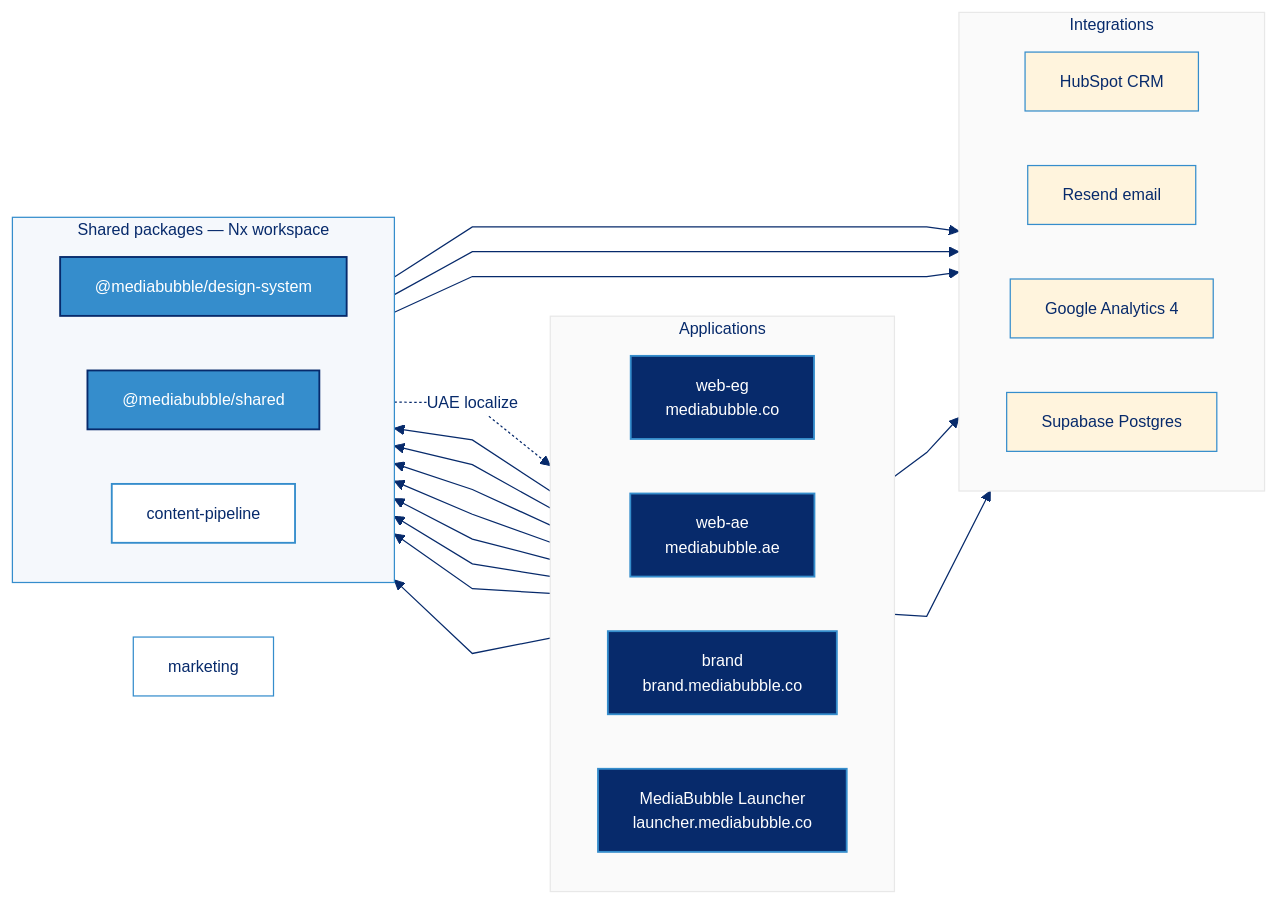
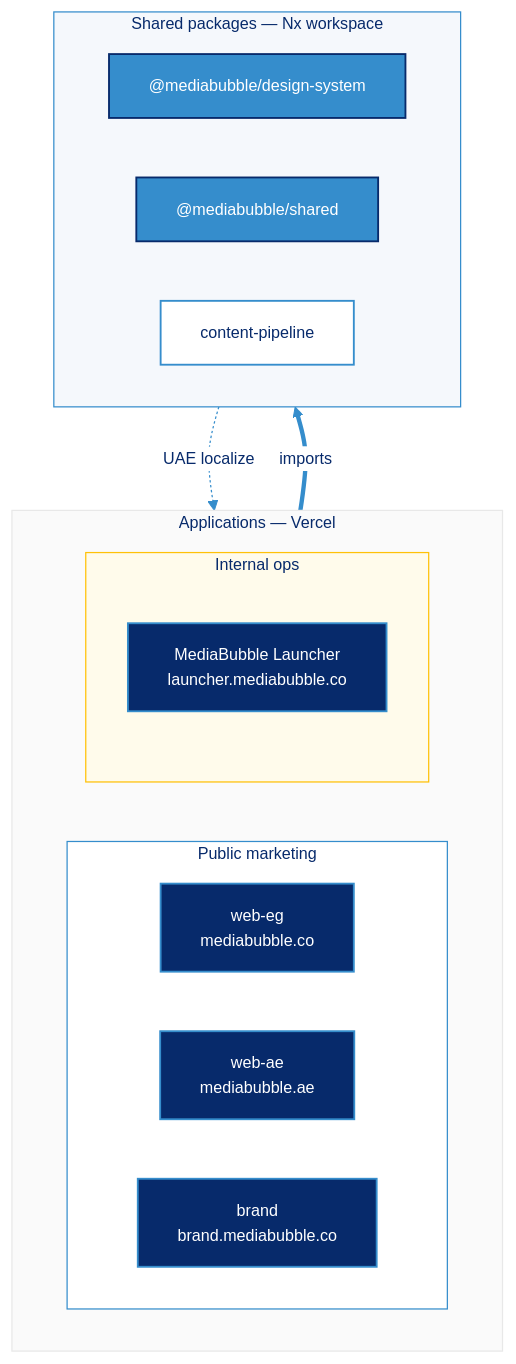
The first of 2 diagrams in README.md (mediabubble-adv/mediaBubble), drawn with Mermaid before and after one commit. The commit also changed 3 other files, not shown here.

First line of the commit message:
docs(AGENTS, README): update MediaBubble documentation and clarify internal ops app

````diff
--- a/README.md
+++ b/README.md
@@ -91,46 +91,39 @@
 ```mermaid
-%%{init: {"theme":"base","themeVariables":{"fontFamily":"Poppins, Inter, system-ui, sans-serif","fontSize":"13px","lineColor":"#072A6B","primaryTextColor":"#072A6B","primaryBorderColor":"#358DCC","clusterBkg":"#FAFAFA","clusterBorder":"#E8E8E8","titleColor":"#072A6B","edgeLabelBackground":"#FFFFFF"},"flowchart":{"curve":"linear","nodeSpacing":44,"rankSpacing":52,"padding":14,"diagramPadding":10}}}%%
-flowchart LR
-  subgraph apps ["Applications"]
+%%{init: {"theme":"base","themeVariables":{"fontFamily":"Poppins, Inter, system-ui, sans-serif","fontSize":"13px","lineColor":"#358DCC","primaryTextColor":"#072A6B","primaryBorderColor":"#358DCC","clusterBkg":"#FAFAFA","clusterBorder":"#E8E8E8","titleColor":"#072A6B","edgeLabelBackground":"#FFFFFF"},"flowchart":{"curve":"monotoneY","nodeSpacing":48,"rankSpacing":64,"padding":16}}}%%
+flowchart TB
+  subgraph apps ["Applications — Vercel"]
     direction LR
-    EG["web-eg<br/>mediabubble.co"]
-    AE["web-ae<br/>mediabubble.ae"]
-    BR["brand<br/>brand.mediabubble.co"]
-    LA["MediaBubble Launcher<br/>launcher.mediabubble.co"]
+    subgraph public ["Public marketing"]
+      direction LR
+      EG["web-eg<br/>mediabubble.co"]
+      AE["web-ae<br/>mediabubble.ae"]
+      BR["brand<br/>brand.mediabubble.co"]
+    end
+    subgraph internal ["Internal ops"]
+      LA["MediaBubble Launcher<br/>launcher.mediabubble.co"]
+    end
   end
 
   subgraph packages ["Shared packages — Nx workspace"]
     direction LR
     DS["@mediabubble/design-system"]
     SH["@mediabubble/shared"]
     CP["content-pipeline"]
   end
 
-  subgraph integrations ["Integrations"]
-    direction LR
-    HS["HubSpot CRM"]
-    RS["Resend email"]
-    GA["Google Analytics 4"]
-    DB["Supabase Postgres"]
-  end
-
-  EG & AE & BR & LA --> DS
-  EG & AE & BR & LA --> SH
+  apps ==>|imports| packages
   CP -.->|UAE localize| AE
-  SH --> HS & RS & GA
-  LA --> DB
-  LA --> RS
 
   classDef app fill:#072A6B,stroke:#358DCC,color:#FFFFFF,stroke-width:1.5px
   classDef pkg fill:#358DCC,stroke:#072A6B,color:#FFFFFF,stroke-width:1.5px
   classDef pipe fill:#FFFFFF,stroke:#358DCC,color:#072A6B,stroke-width:1.5px
 
   class EG,AE,BR,LA app
   class DS,SH pkg
   class CP pipe
-  class HS,RS,GA,DB integration
 
-  style apps fill:#FAFAFA,stroke:#E8E8E8,stroke-width:1px,color:#072A6B
-  style marketing fill:#FFFFFF,stroke:#358DCC,stroke-width:1px,color:#072A6B
-  style packages fill:#F5F8FC,stroke:#358DCC,stroke-width:1px,color:#072A6B
+  style apps fill:#FAFAFA,stroke:#E8E8E8,color:#072A6B
+  style public fill:#FFFFFF,stroke:#358DCC,color:#072A6B
+  style internal fill:#FFFBEB,stroke:#FFC107,color:#072A6B
+  style packages fill:#F5F8FC,stroke:#358DCC,color:#072A6B
 ```
````
